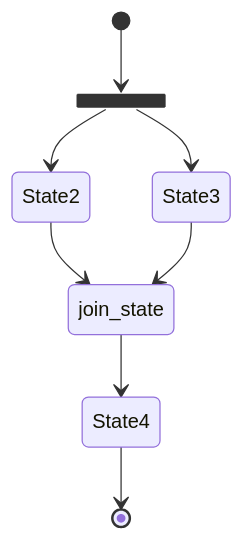
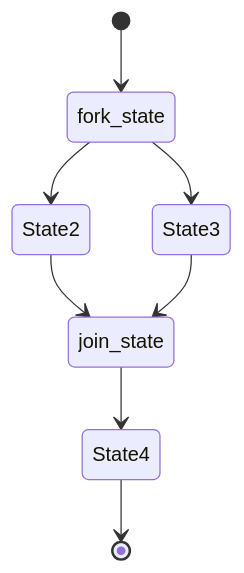
One commit to pbrolin47/mermaid-pbrolin47 changed the diagram in e2e/diagrams/state-diagram/pr/should-render-forks-and-joins.mmd. Above: the diagram before and after it, drawn with Mermaid. The commit also changed 8 other files, not shown here.

```diff
--- a/e2e/diagrams/state-diagram/pr/should-render-forks-and-joins.mmd
+++ b/e2e/diagrams/state-diagram/pr/should-render-forks-and-joins.mmd
@@ -1,20 +1,21 @@
 ---
 description: >-
-  Legacy v1 state diagram exercising explicit <<fork>> and <<join>> state
-  annotations at the top level: a fork splits into State2/State3, which
-  then rejoin at a join state before continuing to State4.
+  Legacy v1 state diagram exercising explicit fork and
+  join state annotations at the top level: a fork splits into
+  State2/State3, which then rejoin at a join state before continuing to
+  State4.
 config:
   logLevel: 0
   fontFamily: courier
 ---
 stateDiagram
-  state fork_state <<fork>>
+  state fork_state &lt;&lt;fork&gt;&gt;
   [*] --> fork_state
   fork_state --> State2
   fork_state --> State3
 
-  state join_state <<join>
+  state join_state &lt;&lt;join&gt;&gt;
   State2 --> join_state
   State3 --> join_state
   join_state --> State4
   State4 --> [*]
```
